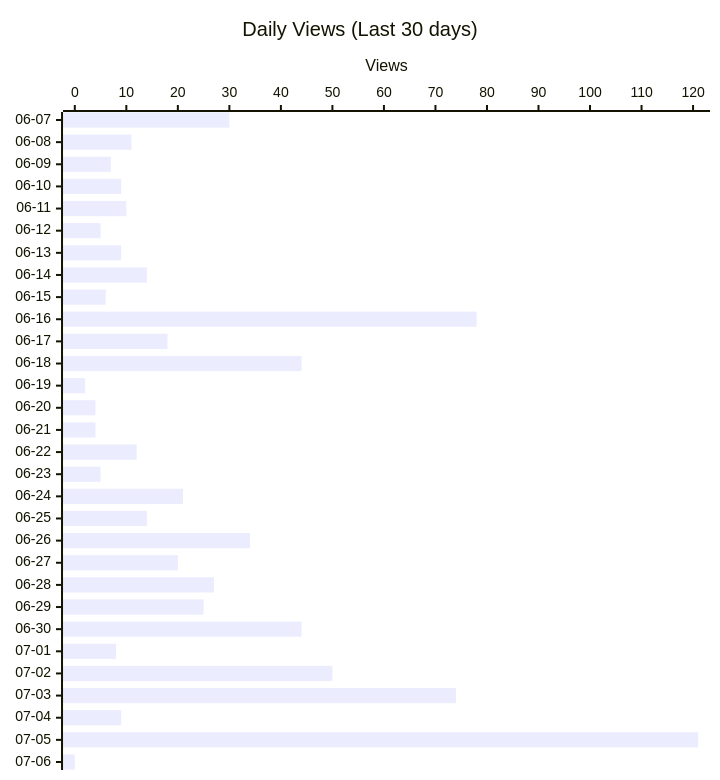
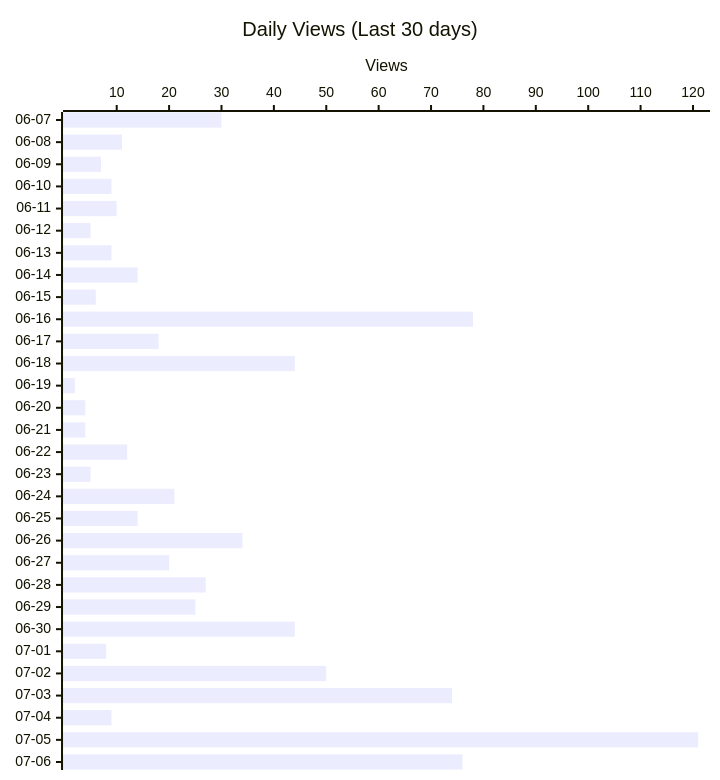
The second of 4 diagrams in README.md (shigechika/github-insights), drawn with Mermaid before and after one commit. The commit also changed other lines of this file and 2 other files, not shown here.

````diff
--- a/README.md
+++ b/README.md
@@ -28,12 +28,12 @@
 ```mermaid
 ---
 config:
   xyChart:
     height: 760
 ---
 xychart-beta horizontal
     title "Daily Views (Last 30 days)"
     x-axis ["06-07", "06-08", "06-09", "06-10", "06-11", "06-12", "06-13", "06-14", "06-15", "06-16", "06-17", "06-18", "06-19", "06-20", "06-21", "06-22", "06-23", "06-24", "06-25", "06-26", "06-27", "06-28", "06-29", "06-30", "07-01", "07-02", "07-03", "07-04", "07-05", "07-06"]
     y-axis "Views"
-    bar [30, 11, 7, 9, 10, 5, 9, 14, 6, 78, 18, 44, 2, 4, 4, 12, 5, 21, 14, 34, 20, 27, 25, 44, 8, 50, 74, 9, 121, 0]
+    bar [30, 11, 7, 9, 10, 5, 9, 14, 6, 78, 18, 44, 2, 4, 4, 12, 5, 21, 14, 34, 20, 27, 25, 44, 8, 50, 74, 9, 121, 76]
 ```
````
